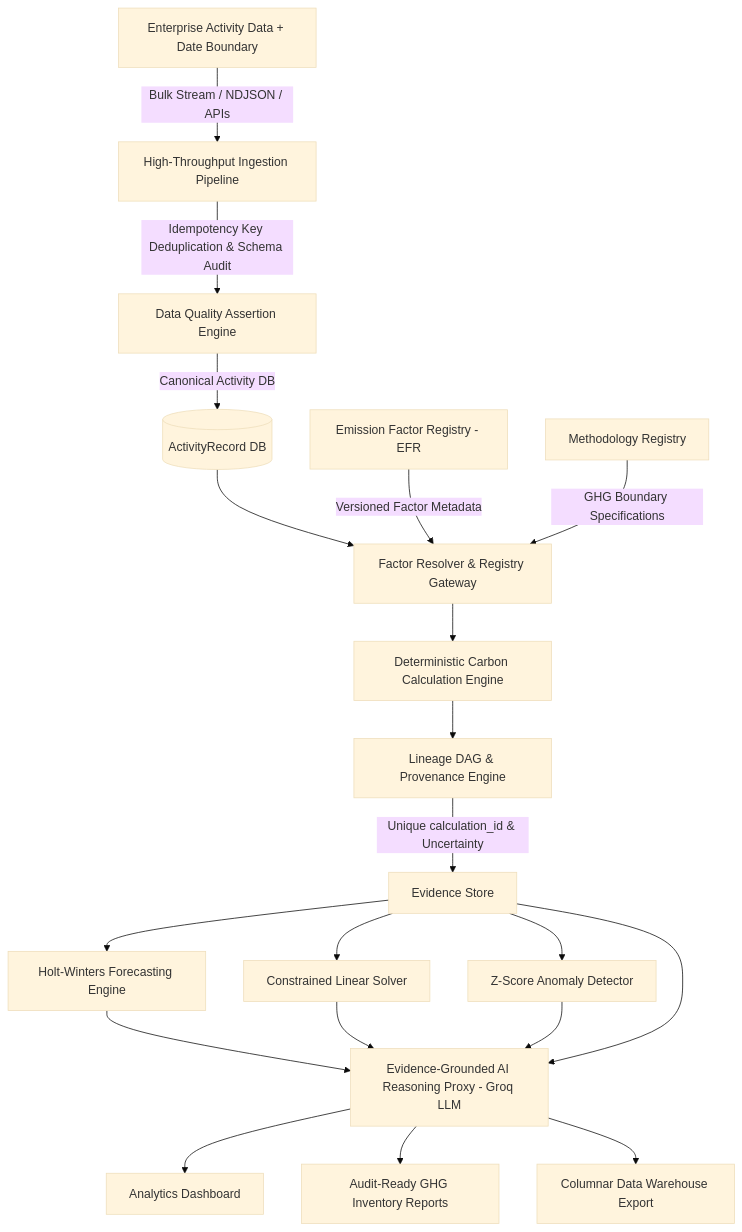
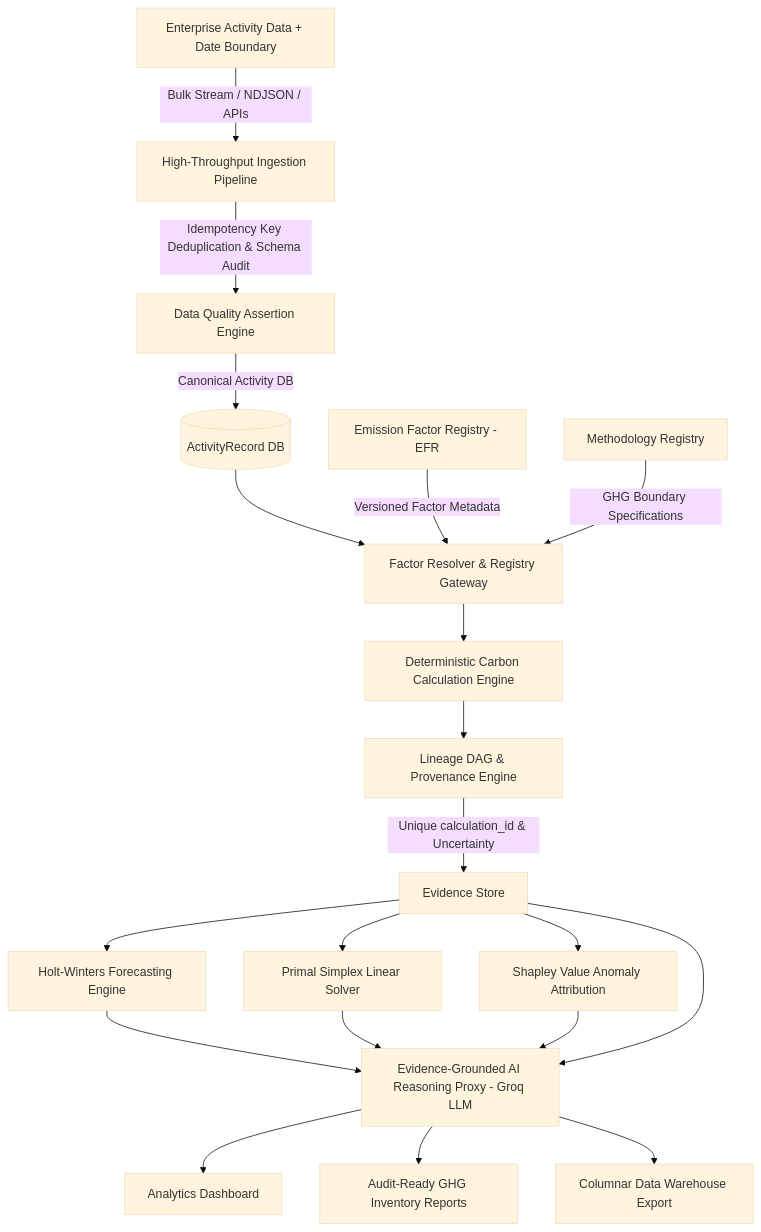
One commit to Dhruvg334/Carbonly changed the first of 2 diagrams in README.md. Above: the diagram before and after it, drawn with Mermaid (base theme). The commit also changed other lines of this file and 7 other files, not shown here.

Commit message:
fix(ds): implement authentic Holt-Winters state equations, Gaussian prediction bounds, Shapley values, Primal Simplex LP solver, and raw dataset files

````diff
--- a/README.md
+++ b/README.md
@@ -29,25 +29,25 @@
 ```mermaid
 graph TD
     A[Enterprise Activity Data + Date Boundary] -->|Bulk Stream / NDJSON / APIs| B[High-Throughput Ingestion Pipeline]
     B -->|Idempotency Key Deduplication & Schema Audit| C[Data Quality Assertion Engine]
     C -->|Canonical Activity DB| D[(ActivityRecord DB)]
     D --> E[Factor Resolver & Registry Gateway]
     F[Emission Factor Registry - EFR] -->|Versioned Factor Metadata| E
     G[Methodology Registry] -->|GHG Boundary Specifications| E
     E --> H[Deterministic Carbon Calculation Engine]
     H --> I[Lineage DAG & Provenance Engine]
     I -->|Unique calculation_id & Uncertainty| J[Evidence Store]
     
     J --> K[Holt-Winters Forecasting Engine]
-    J --> L[Constrained Linear Solver]
-    J --> M[Z-Score Anomaly Detector]
+    J --> L[Primal Simplex Linear Solver]
+    J --> M[Shapley Value Anomaly Attribution]
     
     K --> N[Evidence-Grounded AI Reasoning Proxy - Groq LLM]
     L --> N
     M --> N
     J --> N
     
     N --> O[Analytics Dashboard]
     N --> P[Audit-Ready GHG Inventory Reports]
     N --> Q[Columnar Data Warehouse Export]
 ```
````
